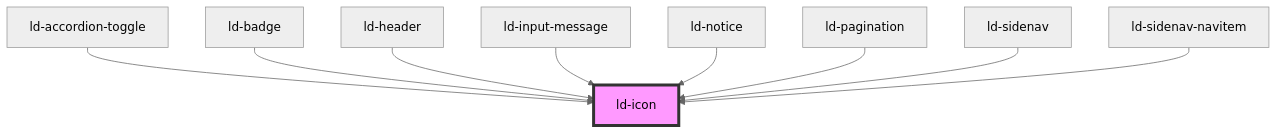
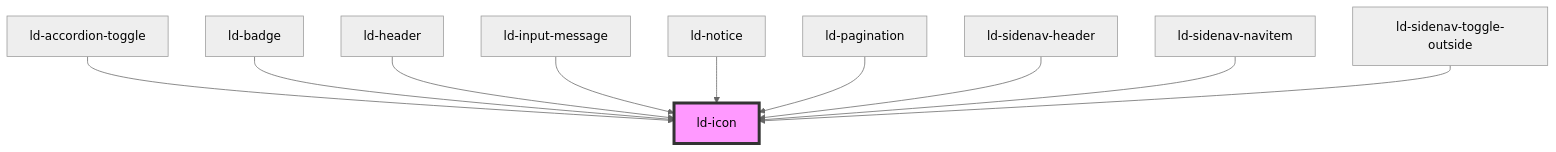
One commit to emdgroup-liquid/liquid changed the diagram in src/liquid/components/ld-icon/readme.md. Above: the diagram before and after it, drawn with Mermaid (neutral theme). The commit also changed other lines of this file and 155 other files, not shown here.

Commit message:
feat(ld-sidenav): add header and toggle outside to sidenav

````diff
--- a/src/liquid/components/ld-icon/readme.md
+++ b/src/liquid/components/ld-icon/readme.md
@@ -347,12 +348,13 @@
 ```mermaid
 graph TD;
   ld-accordion-toggle --> ld-icon
   ld-badge --> ld-icon
   ld-header --> ld-icon
   ld-input-message --> ld-icon
   ld-notice --> ld-icon
   ld-pagination --> ld-icon
-  ld-sidenav --> ld-icon
+  ld-sidenav-header --> ld-icon
   ld-sidenav-navitem --> ld-icon
+  ld-sidenav-toggle-outside --> ld-icon
   style ld-icon fill:#f9f,stroke:#333,stroke-width:4px
 ```
````
